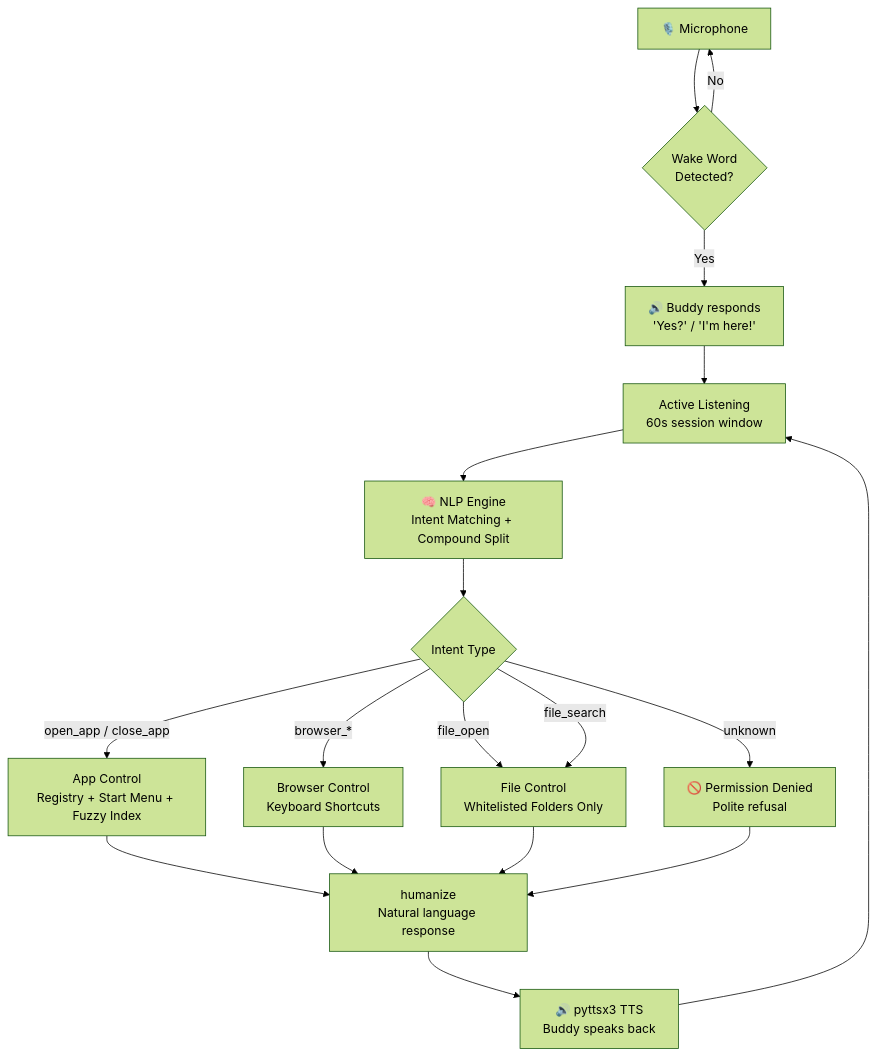
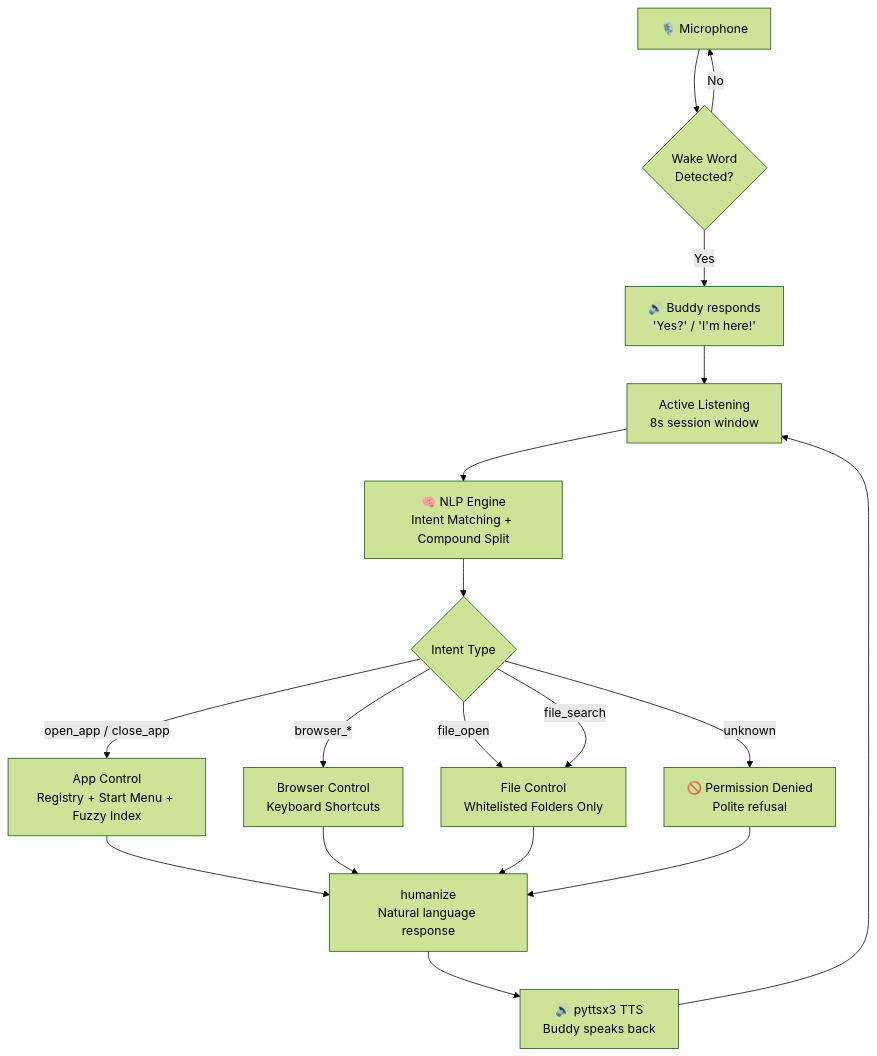
The diagram in README.md (swarajshelke12/BuddyAssistant), drawn with Mermaid (forest theme) before and after one commit. The commit also changed other lines of this file, not shown here.

First line of the commit message:
docs: update README with reliability improvements and 8s session window

````diff
--- a/README.md
+++ b/README.md
@@ -278,24 +276,24 @@
 ```mermaid
 flowchart TD
     A[🎙️ Microphone] --> B{Wake Word\nDetected?}
     B -- No --> A
     B -- Yes --> C[🔊 Buddy responds\n'Yes?' / 'I'm here!']
-    C --> D[Active Listening\n60s session window]
+    C --> D[Active Listening\n8s session window]
     D --> E[🧠 NLP Engine\nIntent Matching + Compound Split]
 
     E --> F{Intent Type}
 
     F -->|open_app / close_app| G[App Control\nRegistry + Start Menu + Fuzzy Index]
     F -->|browser_*| H[Browser Control\nKeyboard Shortcuts]
     F -->|file_open| I[File Control\nWhitelisted Folders Only]
     F -->|file_search| I
     F -->|unknown| J[🚫 Permission Denied\nPolite refusal]
 
     G --> K[humanize\nNatural language response]
     H --> K
     I --> K
     J --> K
 
     K --> L[🔊 pyttsx3 TTS\nBuddy speaks back]
     L --> D
 ```
````
